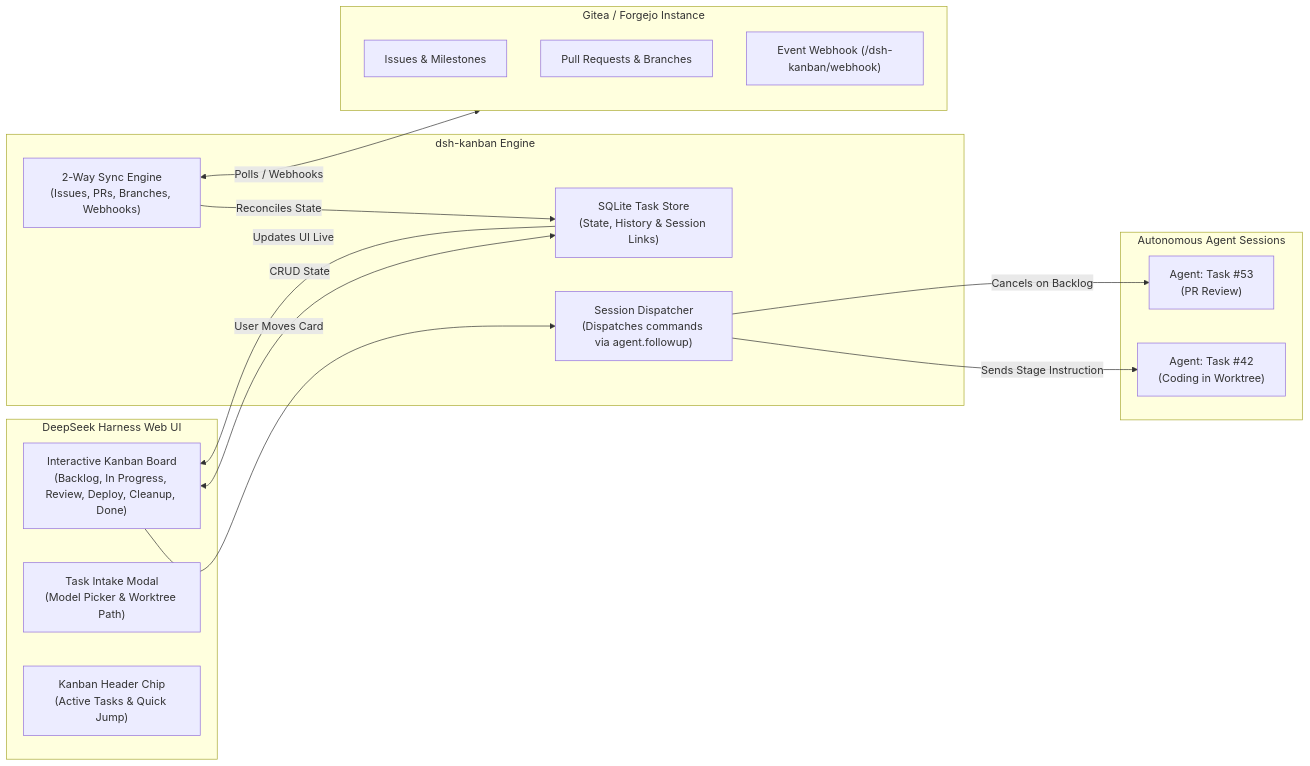
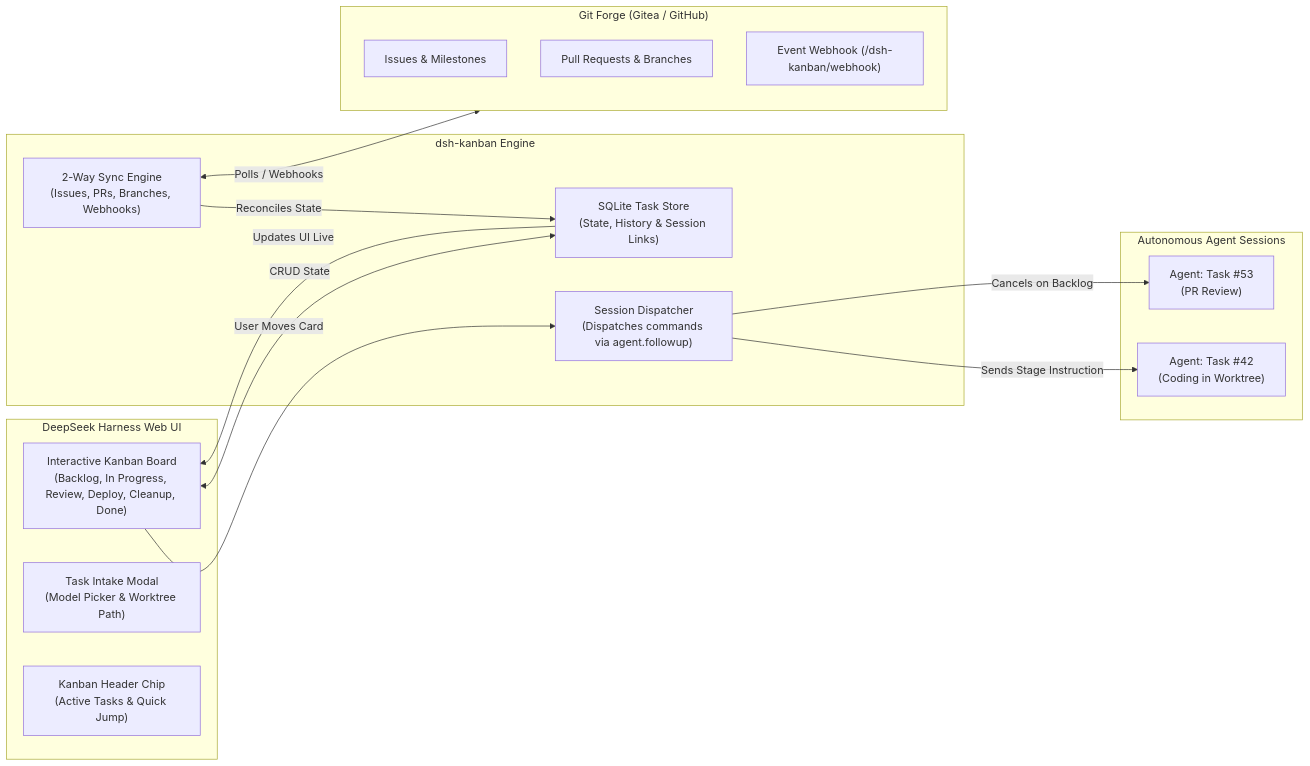
One commit to GooDAnDReaDY/dsh-kanban changed the diagram in README.md. Above: the diagram before and after it, drawn with Mermaid. The commit also changed other lines of this file and 12 other files, not shown here.

````diff
--- a/README.md
+++ b/README.md
@@ -48,33 +48,33 @@
 ```mermaid
 graph LR
     subgraph UI ["DeepSeek Harness Web UI"]
         Board["Interactive Kanban Board<br/>(Backlog, In Progress, Review, Deploy, Cleanup, Done)"]
         Intake["Task Intake Modal<br/>(Model Picker & Worktree Path)"]
         HeaderChip["Kanban Header Chip<br/>(Active Tasks & Quick Jump)"]
     end
 
     subgraph Core ["dsh-kanban Engine"]
         Dispatcher["Session Dispatcher<br/>(Dispatches commands via agent.followup)"]
         Store["SQLite Task Store<br/>(State, History & Session Links)"]
         SyncEngine["2-Way Sync Engine<br/>(Issues, PRs, Branches, Webhooks)"]
     end
 
     subgraph Agents ["Autonomous Agent Sessions"]
         Agent1["Agent: Task #42<br/>(Coding in Worktree)"]
         Agent2["Agent: Task #53<br/>(PR Review)"]
     end
 
-    subgraph VCS ["Gitea / Forgejo Instance"]
+    subgraph VCS ["Git Forge (Gitea / GitHub)"]
         GiteaIssues["Issues & Milestones"]
         GiteaPRs["Pull Requests & Branches"]
         Webhook["Event Webhook (/dsh-kanban/webhook)"]
     end
 
     Board -->|User Moves Card| Dispatcher
     Dispatcher -->|Sends Stage Instruction| Agent1
     Dispatcher -->|Cancels on Backlog| Agent2
     Board <-->|CRUD State| Store
     SyncEngine <-->|Polls / Webhooks| VCS
     SyncEngine -->|Reconciles State| Store
     Store -->|Updates UI Live| Board
 ```
````
